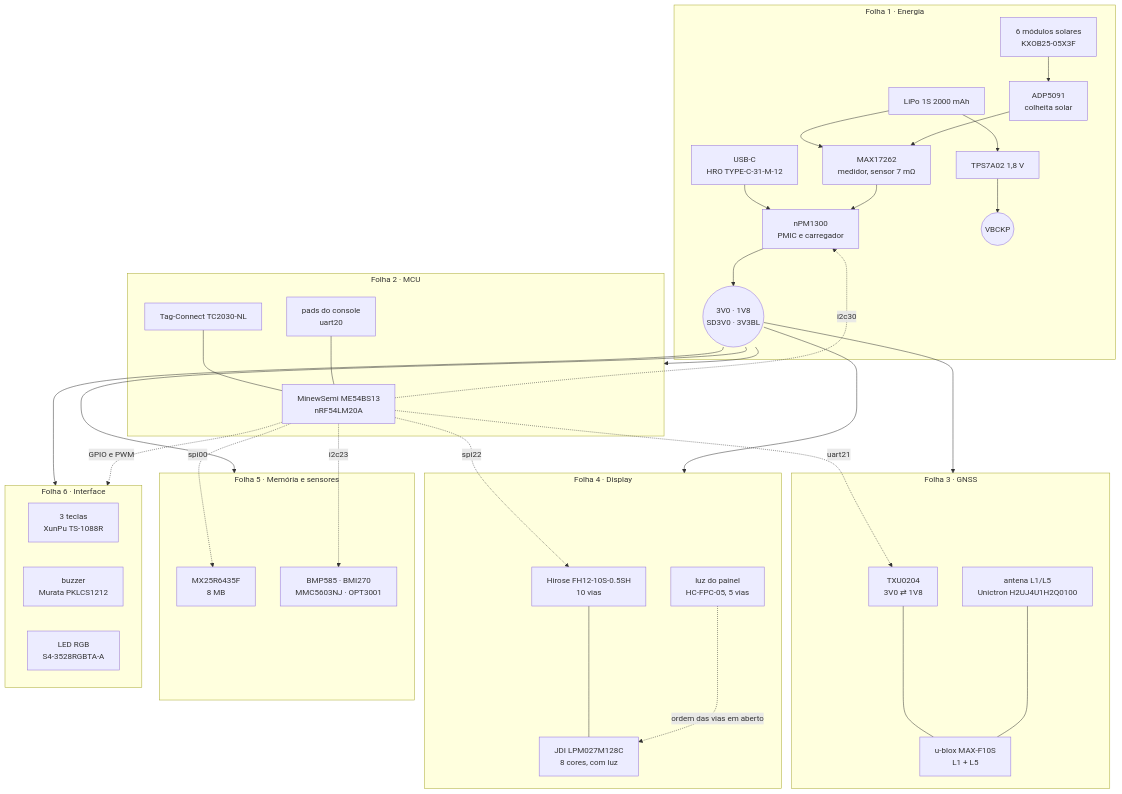
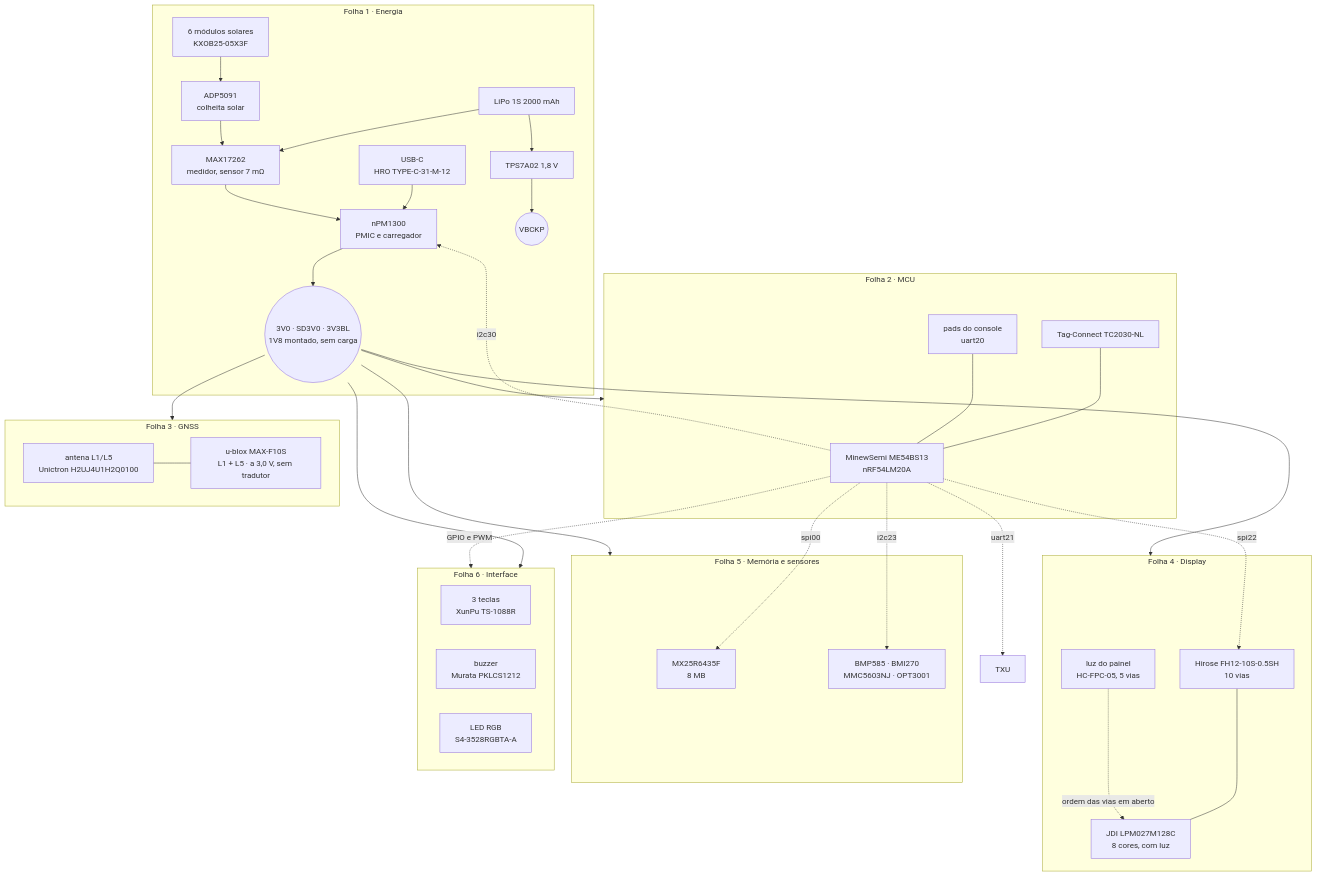
The diagram in hardware_gnssbike/README.md (Guiimartinho/gnss-bike-computer), drawn with Mermaid before and after one commit. The commit also changed other lines of this file and 22 other files, not shown here.

````diff
--- a/hardware_gnssbike/README.md
+++ b/hardware_gnssbike/README.md
@@ -71,51 +75,51 @@
 ```mermaid
 flowchart TB
     subgraph F1["Folha 1 · Energia"]
         USBC["USB-C<br/>HRO TYPE-C-31-M-12"] --> NPM["nPM1300<br/>PMIC e carregador"]
         CELL["LiPo 1S 2000 mAh"] --> GAUGE["MAX17262<br/>medidor, sensor 7 mΩ"]
         GAUGE --> NPM
         PV["6 módulos solares<br/>KXOB25-05X3F"] --> AEM["ADP5091<br/>colheita solar"]
         AEM --> GAUGE
-        NPM --> RAILS(("3V0 · 1V8<br/>SD3V0 · 3V3BL"))
+        NPM --> RAILS(("3V0 · SD3V0 · 3V3BL<br/>1V8 montado, sem carga"))
         CELL --> TPS["TPS7A02 1,8 V"] --> VBCKP(("VBCKP"))
     end
 
     subgraph F2["Folha 2 · MCU"]
         MOD["MinewSemi ME54BS13<br/>nRF54LM20A"]
         SWD["Tag-Connect TC2030-NL"] --- MOD
         PADS["pads do console<br/>uart20"] --- MOD
     end
 
     subgraph F3["Folha 3 · GNSS"]
-        TXU["TXU0204<br/>3V0 ⇄ 1V8"] --- MAXF["u-blox MAX-F10S<br/>L1 + L5"]
+        MAXF["u-blox MAX-F10S<br/>L1 + L5 · a 3,0 V, sem tradutor"]
         ANT1["antena L1/L5<br/>Unictron H2UJ4U1H2Q0100"] --- MAXF
     end
 
     subgraph F4["Folha 4 · Display"]
         FPC["Hirose FH12-10S-0.5SH<br/>10 vias"] --- PANEL["JDI LPM027M128C<br/>8 cores, com luz"]
         BL["luz do painel<br/>HC-FPC-05, 5 vias"] -.->|"ordem das vias em aberto"| PANEL
     end
 
     subgraph F5["Folha 5 · Memória e sensores"]
         NOR["MX25R6435F<br/>8 MB"]
         SENS["BMP585 · BMI270<br/>MMC5603NJ · OPT3001"]
     end
 
     subgraph F6["Folha 6 · Interface"]
         KEYS["3 teclas<br/>XunPu TS-1088R"]
         BUZ["buzzer<br/>Murata PKLCS1212"]
         RGB["LED RGB<br/>S4-3528RGBTA-A"]
     end
 
     RAILS --> F2
     RAILS --> F3
     RAILS --> F4
     RAILS --> F5
     RAILS --> F6
     MOD -.->|"spi00"| NOR
     MOD -.->|"i2c23"| SENS
     MOD -.->|"uart21"| TXU
     MOD -.->|"spi22"| FPC
     MOD -.->|"i2c30"| NPM
     MOD -.->|"GPIO e PWM"| F6
 ```
````
